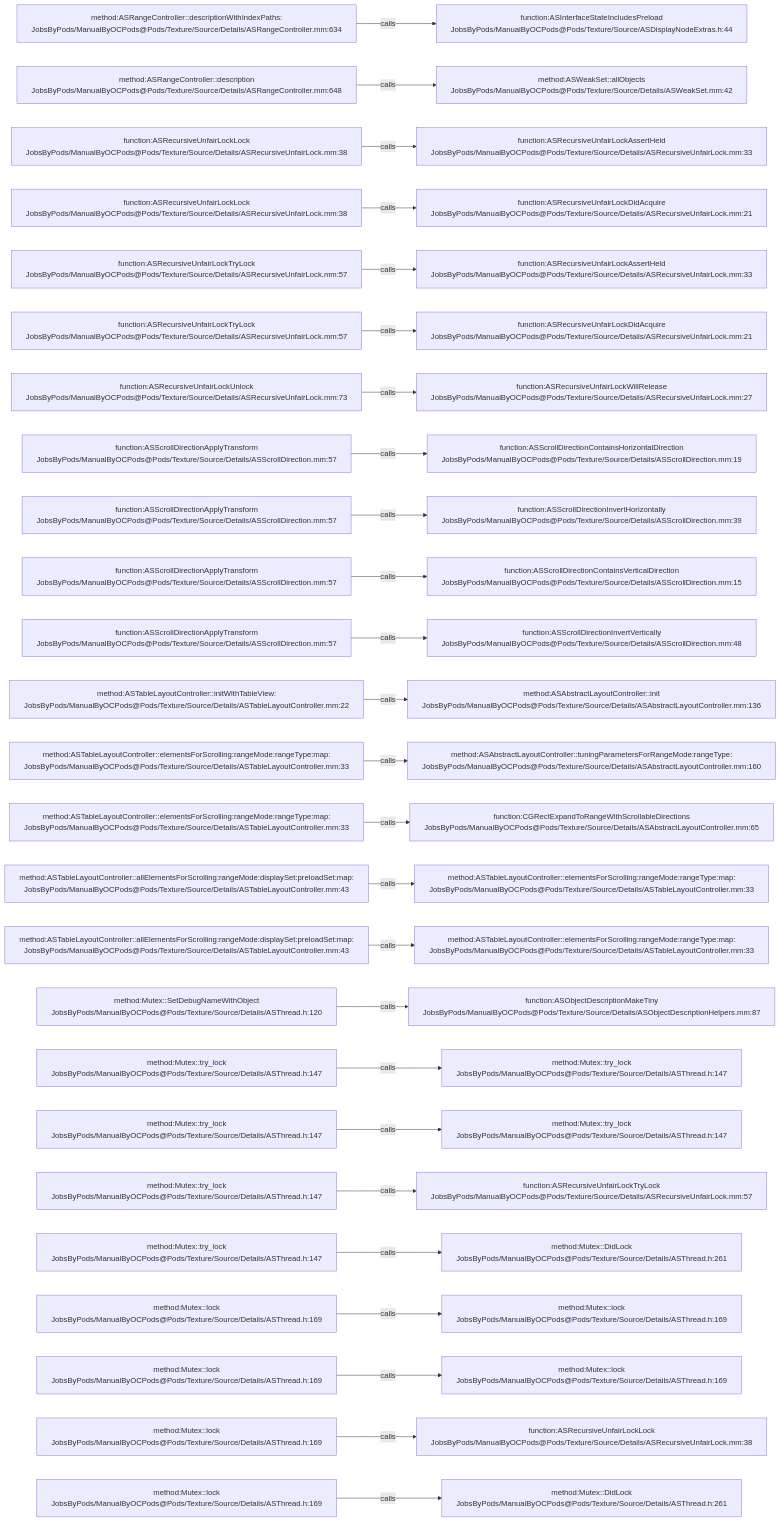
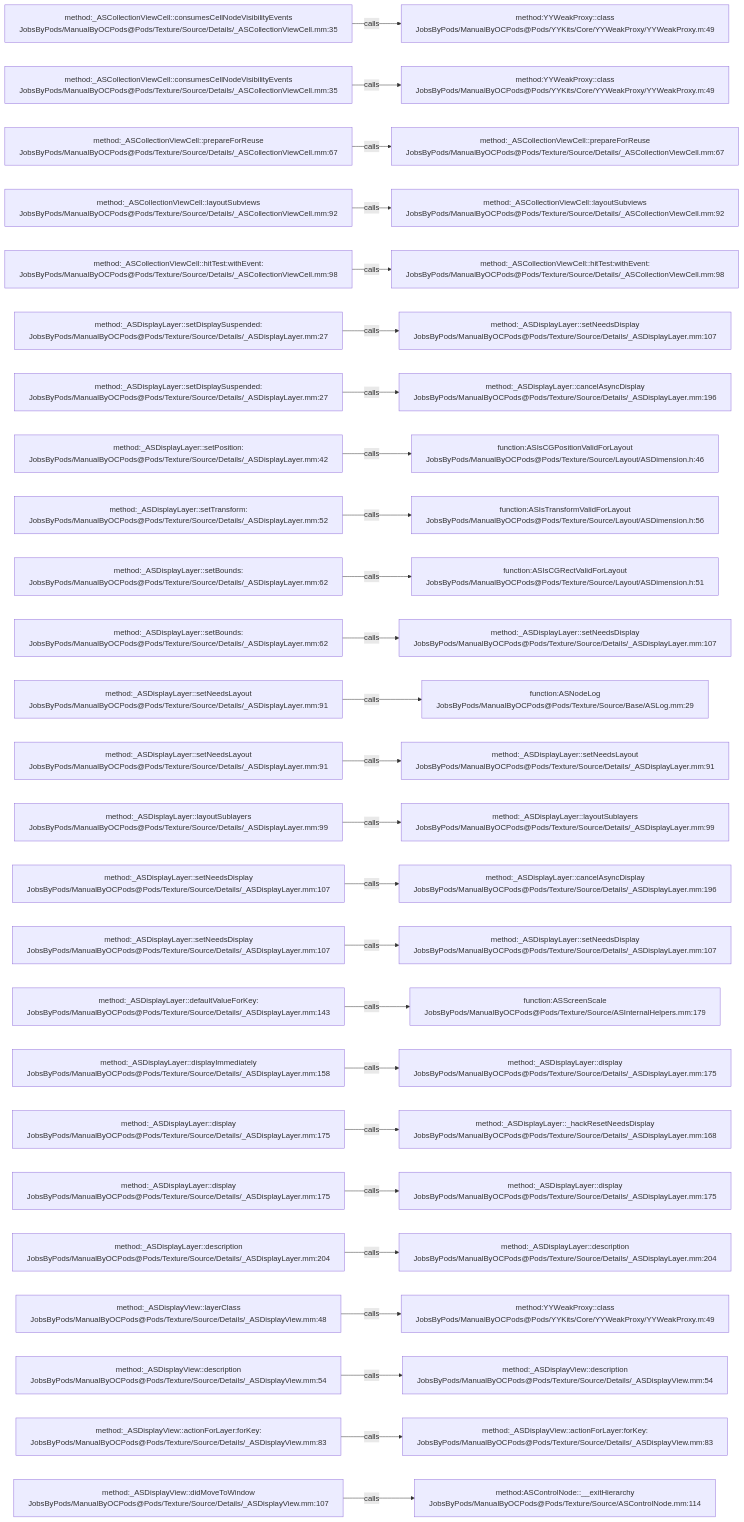
Before and after one commit to JobsKits/JobsOCBaseConfigDemo: the diagram in .codegraph/codegraph.md/graphs/calls-173.md, drawn with Mermaid. The commit also changed 1223 other files, not shown here.

````diff
--- a/.codegraph/codegraph.md/graphs/calls-173.md
+++ b/.codegraph/codegraph.md/graphs/calls-173.md
@@ -13,78 +13,78 @@
 ```mermaid
 flowchart LR
-  S1["method:ASRangeController::descriptionWithIndexPaths:<br/>JobsByPods/ManualByOCPods@Pods/Texture/Source/Details/ASRangeController.mm:634"]
-  T1["function:ASInterfaceStateIncludesPreload<br/>JobsByPods/ManualByOCPods@Pods/Texture/Source/ASDisplayNodeExtras.h:44"]
+  S1["method:_ASCollectionViewCell::consumesCellNodeVisibilityEvents<br/>JobsByPods/ManualByOCPods@Pods/Texture/Source/Details/_ASCollectionViewCell.mm:35"]
+  T1["method:YYWeakProxy::class<br/>JobsByPods/ManualByOCPods@Pods/YYKits/Core/YYWeakProxy/YYWeakProxy.m:49"]
   S1 -->|calls| T1
-  S2["method:ASRangeController::description<br/>JobsByPods/ManualByOCPods@Pods/Texture/Source/Details/ASRangeController.mm:648"]
-  T2["method:ASWeakSet::allObjects<br/>JobsByPods/ManualByOCPods@Pods/Texture/Source/Details/ASWeakSet.mm:42"]
+  S2["method:_ASCollectionViewCell::consumesCellNodeVisibilityEvents<br/>JobsByPods/ManualByOCPods@Pods/Texture/Source/Details/_ASCollectionViewCell.mm:35"]
+  T2["method:YYWeakProxy::class<br/>JobsByPods/ManualByOCPods@Pods/YYKits/Core/YYWeakProxy/YYWeakProxy.m:49"]
   S2 -->|calls| T2
-  S3["function:ASRecursiveUnfairLockLock<br/>JobsByPods/ManualByOCPods@Pods/Texture/Source/Details/ASRecursiveUnfairLock.mm:38"]
-  T3["function:ASRecursiveUnfairLockAssertHeld<br/>JobsByPods/ManualByOCPods@Pods/Texture/Source/Details/ASRecursiveUnfairLock.mm:33"]
+  S3["method:_ASCollectionViewCell::prepareForReuse<br/>JobsByPods/ManualByOCPods@Pods/Texture/Source/Details/_ASCollectionViewCell.mm:67"]
+  T3["method:_ASCollectionViewCell::prepareForReuse<br/>JobsByPods/ManualByOCPods@Pods/Texture/Source/Details/_ASCollectionViewCell.mm:67"]
   S3 -->|calls| T3
-  S4["function:ASRecursiveUnfairLockLock<br/>JobsByPods/ManualByOCPods@Pods/Texture/Source/Details/ASRecursiveUnfairLock.mm:38"]
-  T4["function:ASRecursiveUnfairLockDidAcquire<br/>JobsByPods/ManualByOCPods@Pods/Texture/Source/Details/ASRecursiveUnfairLock.mm:21"]
+  S4["method:_ASCollectionViewCell::layoutSubviews<br/>JobsByPods/ManualByOCPods@Pods/Texture/Source/Details/_ASCollectionViewCell.mm:92"]
+  T4["method:_ASCollectionViewCell::layoutSubviews<br/>JobsByPods/ManualByOCPods@Pods/Texture/Source/Details/_ASCollectionViewCell.mm:92"]
   S4 -->|calls| T4
-  S5["function:ASRecursiveUnfairLockTryLock<br/>JobsByPods/ManualByOCPods@Pods/Texture/Source/Details/ASRecursiveUnfairLock.mm:57"]
-  T5["function:ASRecursiveUnfairLockAssertHeld<br/>JobsByPods/ManualByOCPods@Pods/Texture/Source/Details/ASRecursiveUnfairLock.mm:33"]
+  S5["method:_ASCollectionViewCell::hitTest:withEvent:<br/>JobsByPods/ManualByOCPods@Pods/Texture/Source/Details/_ASCollectionViewCell.mm:98"]
+  T5["method:_ASCollectionViewCell::hitTest:withEvent:<br/>JobsByPods/ManualByOCPods@Pods/Texture/Source/Details/_ASCollectionViewCell.mm:98"]
   S5 -->|calls| T5
-  S6["function:ASRecursiveUnfairLockTryLock<br/>JobsByPods/ManualByOCPods@Pods/Texture/Source/Details/ASRecursiveUnfairLock.mm:57"]
-  T6["function:ASRecursiveUnfairLockDidAcquire<br/>JobsByPods/ManualByOCPods@Pods/Texture/Source/Details/ASRecursiveUnfairLock.mm:21"]
+  S6["method:_ASDisplayLayer::setDisplaySuspended:<br/>JobsByPods/ManualByOCPods@Pods/Texture/Source/Details/_ASDisplayLayer.mm:27"]
+  T6["method:_ASDisplayLayer::setNeedsDisplay<br/>JobsByPods/ManualByOCPods@Pods/Texture/Source/Details/_ASDisplayLayer.mm:107"]
   S6 -->|calls| T6
-  S7["function:ASRecursiveUnfairLockUnlock<br/>JobsByPods/ManualByOCPods@Pods/Texture/Source/Details/ASRecursiveUnfairLock.mm:73"]
-  T7["function:ASRecursiveUnfairLockWillRelease<br/>JobsByPods/ManualByOCPods@Pods/Texture/Source/Details/ASRecursiveUnfairLock.mm:27"]
+  S7["method:_ASDisplayLayer::setDisplaySuspended:<br/>JobsByPods/ManualByOCPods@Pods/Texture/Source/Details/_ASDisplayLayer.mm:27"]
+  T7["method:_ASDisplayLayer::cancelAsyncDisplay<br/>JobsByPods/ManualByOCPods@Pods/Texture/Source/Details/_ASDisplayLayer.mm:196"]
   S7 -->|calls| T7
-  S8["function:ASScrollDirectionApplyTransform<br/>JobsByPods/ManualByOCPods@Pods/Texture/Source/Details/ASScrollDirection.mm:57"]
-  T8["function:ASScrollDirectionContainsHorizontalDirection<br/>JobsByPods/ManualByOCPods@Pods/Texture/Source/Details/ASScrollDirection.mm:19"]
+  S8["method:_ASDisplayLayer::setPosition:<br/>JobsByPods/ManualByOCPods@Pods/Texture/Source/Details/_ASDisplayLayer.mm:42"]
+  T8["function:ASIsCGPositionValidForLayout<br/>JobsByPods/ManualByOCPods@Pods/Texture/Source/Layout/ASDimension.h:46"]
   S8 -->|calls| T8
-  S9["function:ASScrollDirectionApplyTransform<br/>JobsByPods/ManualByOCPods@Pods/Texture/Source/Details/ASScrollDirection.mm:57"]
-  T9["function:ASScrollDirectionInvertHorizontally<br/>JobsByPods/ManualByOCPods@Pods/Texture/Source/Details/ASScrollDirection.mm:39"]
+  S9["method:_ASDisplayLayer::setTransform:<br/>JobsByPods/ManualByOCPods@Pods/Texture/Source/Details/_ASDisplayLayer.mm:52"]
+  T9["function:ASIsTransformValidForLayout<br/>JobsByPods/ManualByOCPods@Pods/Texture/Source/Layout/ASDimension.h:56"]
   S9 -->|calls| T9
-  S10["function:ASScrollDirectionApplyTransform<br/>JobsByPods/ManualByOCPods@Pods/Texture/Source/Details/ASScrollDirection.mm:57"]
-  T10["function:ASScrollDirectionContainsVerticalDirection<br/>JobsByPods/ManualByOCPods@Pods/Texture/Source/Details/ASScrollDirection.mm:15"]
+  S10["method:_ASDisplayLayer::setBounds:<br/>JobsByPods/ManualByOCPods@Pods/Texture/Source/Details/_ASDisplayLayer.mm:62"]
+  T10["function:ASIsCGRectValidForLayout<br/>JobsByPods/ManualByOCPods@Pods/Texture/Source/Layout/ASDimension.h:51"]
   S10 -->|calls| T10
-  S11["function:ASScrollDirectionApplyTransform<br/>JobsByPods/ManualByOCPods@Pods/Texture/Source/Details/ASScrollDirection.mm:57"]
-  T11["function:ASScrollDirectionInvertVertically<br/>JobsByPods/ManualByOCPods@Pods/Texture/Source/Details/ASScrollDirection.mm:48"]
+  S11["method:_ASDisplayLayer::setBounds:<br/>JobsByPods/ManualByOCPods@Pods/Texture/Source/Details/_ASDisplayLayer.mm:62"]
+  T11["method:_ASDisplayLayer::setNeedsDisplay<br/>JobsByPods/ManualByOCPods@Pods/Texture/Source/Details/_ASDisplayLayer.mm:107"]
   S11 -->|calls| T11
-  S12["method:ASTableLayoutController::initWithTableView:<br/>JobsByPods/ManualByOCPods@Pods/Texture/Source/Details/ASTableLayoutController.mm:22"]
-  T12["method:ASAbstractLayoutController::init<br/>JobsByPods/ManualByOCPods@Pods/Texture/Source/Details/ASAbstractLayoutController.mm:136"]
+  S12["method:_ASDisplayLayer::setNeedsLayout<br/>JobsByPods/ManualByOCPods@Pods/Texture/Source/Details/_ASDisplayLayer.mm:91"]
+  T12["function:ASNodeLog<br/>JobsByPods/ManualByOCPods@Pods/Texture/Source/Base/ASLog.mm:29"]
   S12 -->|calls| T12
-  S13["method:ASTableLayoutController::elementsForScrolling:rangeMode:rangeType:map:<br/>JobsByPods/ManualByOCPods@Pods/Texture/Source/Details/ASTableLayoutController.mm:33"]
-  T13["method:ASAbstractLayoutController::tuningParametersForRangeMode:rangeType:<br/>JobsByPods/ManualByOCPods@Pods/Texture/Source/Details/ASAbstractLayoutController.mm:160"]
+  S13["method:_ASDisplayLayer::setNeedsLayout<br/>JobsByPods/ManualByOCPods@Pods/Texture/Source/Details/_ASDisplayLayer.mm:91"]
+  T13["method:_ASDisplayLayer::setNeedsLayout<br/>JobsByPods/ManualByOCPods@Pods/Texture/Source/Details/_ASDisplayLayer.mm:91"]
   S13 -->|calls| T13
-  S14["method:ASTableLayoutController::elementsForScrolling:rangeMode:rangeType:map:<br/>JobsByPods/ManualByOCPods@Pods/Texture/Source/Details/ASTableLayoutController.mm:33"]
-  T14["function:CGRectExpandToRangeWithScrollableDirections<br/>JobsByPods/ManualByOCPods@Pods/Texture/Source/Details/ASAbstractLayoutController.mm:65"]
+  S14["method:_ASDisplayLayer::layoutSublayers<br/>JobsByPods/ManualByOCPods@Pods/Texture/Source/Details/_ASDisplayLayer.mm:99"]
+  T14["method:_ASDisplayLayer::layoutSublayers<br/>JobsByPods/ManualByOCPods@Pods/Texture/Source/Details/_ASDisplayLayer.mm:99"]
   S14 -->|calls| T14
-  S15["method:ASTableLayoutController::allElementsForScrolling:rangeMode:displaySet:preloadSet:map:<br/>JobsByPods/ManualByOCPods@Pods/Texture/Source/Details/ASTableLayoutController.mm:43"]
-  T15["method:ASTableLayoutController::elementsForScrolling:rangeMode:rangeType:map:<br/>JobsByPods/ManualByOCPods@Pods/Texture/Source/Details/ASTableLayoutController.mm:33"]
+  S15["method:_ASDisplayLayer::setNeedsDisplay<br/>JobsByPods/ManualByOCPods@Pods/Texture/Source/Details/_ASDisplayLayer.mm:107"]
+  T15["method:_ASDisplayLayer::cancelAsyncDisplay<br/>JobsByPods/ManualByOCPods@Pods/Texture/Source/Details/_ASDisplayLayer.mm:196"]
   S15 -->|calls| T15
-  S16["method:ASTableLayoutController::allElementsForScrolling:rangeMode:displaySet:preloadSet:map:<br/>JobsByPods/ManualByOCPods@Pods/Texture/Source/Details/ASTableLayoutController.mm:43"]
-  T16["method:ASTableLayoutController::elementsForScrolling:rangeMode:rangeType:map:<br/>JobsByPods/ManualByOCPods@Pods/Texture/Source/Details/ASTableLayoutController.mm:33"]
+  S16["method:_ASDisplayLayer::setNeedsDisplay<br/>JobsByPods/ManualByOCPods@Pods/Texture/Source/Details/_ASDisplayLayer.mm:107"]
+  T16["method:_ASDisplayLayer::setNeedsDisplay<br/>JobsByPods/ManualByOCPods@Pods/Texture/Source/Details/_ASDisplayLayer.mm:107"]
   S16 -->|calls| T16
-  S17["method:Mutex::SetDebugNameWithObject<br/>JobsByPods/ManualByOCPods@Pods/Texture/Source/Details/ASThread.h:120"]
-  T17["function:ASObjectDescriptionMakeTiny<br/>JobsByPods/ManualByOCPods@Pods/Texture/Source/Details/ASObjectDescriptionHelpers.mm:87"]
+  S17["method:_ASDisplayLayer::defaultValueForKey:<br/>JobsByPods/ManualByOCPods@Pods/Texture/Source/Details/_ASDisplayLayer.mm:143"]
+  T17["function:ASScreenScale<br/>JobsByPods/ManualByOCPods@Pods/Texture/Source/ASInternalHelpers.mm:179"]
   S17 -->|calls| T17
-  S18["method:Mutex::try_lock<br/>JobsByPods/ManualByOCPods@Pods/Texture/Source/Details/ASThread.h:147"]
-  T18["method:Mutex::try_lock<br/>JobsByPods/ManualByOCPods@Pods/Texture/Source/Details/ASThread.h:147"]
+  S18["method:_ASDisplayLayer::displayImmediately<br/>JobsByPods/ManualByOCPods@Pods/Texture/Source/Details/_ASDisplayLayer.mm:158"]
+  T18["method:_ASDisplayLayer::display<br/>JobsByPods/ManualByOCPods@Pods/Texture/Source/Details/_ASDisplayLayer.mm:175"]
   S18 -->|calls| T18
-  S19["method:Mutex::try_lock<br/>JobsByPods/ManualByOCPods@Pods/Texture/Source/Details/ASThread.h:147"]
-  T19["method:Mutex::try_lock<br/>JobsByPods/ManualByOCPods@Pods/Texture/Source/Details/ASThread.h:147"]
+  S19["method:_ASDisplayLayer::display<br/>JobsByPods/ManualByOCPods@Pods/Texture/Source/Details/_ASDisplayLayer.mm:175"]
+  T19["method:_ASDisplayLayer::_hackResetNeedsDisplay<br/>JobsByPods/ManualByOCPods@Pods/Texture/Source/Details/_ASDisplayLayer.mm:168"]
   S19 -->|calls| T19
-  S20["method:Mutex::try_lock<br/>JobsByPods/ManualByOCPods@Pods/Texture/Source/Details/ASThread.h:147"]
-  T20["function:ASRecursiveUnfairLockTryLock<br/>JobsByPods/ManualByOCPods@Pods/Texture/Source/Details/ASRecursiveUnfairLock.mm:57"]
+  S20["method:_ASDisplayLayer::display<br/>JobsByPods/ManualByOCPods@Pods/Texture/Source/Details/_ASDisplayLayer.mm:175"]
+  T20["method:_ASDisplayLayer::display<br/>JobsByPods/ManualByOCPods@Pods/Texture/Source/Details/_ASDisplayLayer.mm:175"]
   S20 -->|calls| T20
-  S21["method:Mutex::try_lock<br/>JobsByPods/ManualByOCPods@Pods/Texture/Source/Details/ASThread.h:147"]
-  T21["method:Mutex::DidLock<br/>JobsByPods/ManualByOCPods@Pods/Texture/Source/Details/ASThread.h:261"]
+  S21["method:_ASDisplayLayer::description<br/>JobsByPods/ManualByOCPods@Pods/Texture/Source/Details/_ASDisplayLayer.mm:204"]
+  T21["method:_ASDisplayLayer::description<br/>JobsByPods/ManualByOCPods@Pods/Texture/Source/Details/_ASDisplayLayer.mm:204"]
   S21 -->|calls| T21
-  S22["method:Mutex::lock<br/>JobsByPods/ManualByOCPods@Pods/Texture/Source/Details/ASThread.h:169"]
-  T22["method:Mutex::lock<br/>JobsByPods/ManualByOCPods@Pods/Texture/Source/Details/ASThread.h:169"]
+  S22["method:_ASDisplayView::layerClass<br/>JobsByPods/ManualByOCPods@Pods/Texture/Source/Details/_ASDisplayView.mm:48"]
+  T22["method:YYWeakProxy::class<br/>JobsByPods/ManualByOCPods@Pods/YYKits/Core/YYWeakProxy/YYWeakProxy.m:49"]
   S22 -->|calls| T22
-  S23["method:Mutex::lock<br/>JobsByPods/ManualByOCPods@Pods/Texture/Source/Details/ASThread.h:169"]
-  T23["method:Mutex::lock<br/>JobsByPods/ManualByOCPods@Pods/Texture/Source/Details/ASThread.h:169"]
+  S23["method:_ASDisplayView::description<br/>JobsByPods/ManualByOCPods@Pods/Texture/Source/Details/_ASDisplayView.mm:54"]
+  T23["method:_ASDisplayView::description<br/>JobsByPods/ManualByOCPods@Pods/Texture/Source/Details/_ASDisplayView.mm:54"]
   S23 -->|calls| T23
-  S24["method:Mutex::lock<br/>JobsByPods/ManualByOCPods@Pods/Texture/Source/Details/ASThread.h:169"]
-  T24["function:ASRecursiveUnfairLockLock<br/>JobsByPods/ManualByOCPods@Pods/Texture/Source/Details/ASRecursiveUnfairLock.mm:38"]
+  S24["method:_ASDisplayView::actionForLayer:forKey:<br/>JobsByPods/ManualByOCPods@Pods/Texture/Source/Details/_ASDisplayView.mm:83"]
+  T24["method:_ASDisplayView::actionForLayer:forKey:<br/>JobsByPods/ManualByOCPods@Pods/Texture/Source/Details/_ASDisplayView.mm:83"]
   S24 -->|calls| T24
-  S25["method:Mutex::lock<br/>JobsByPods/ManualByOCPods@Pods/Texture/Source/Details/ASThread.h:169"]
-  T25["method:Mutex::DidLock<br/>JobsByPods/ManualByOCPods@Pods/Texture/Source/Details/ASThread.h:261"]
+  S25["method:_ASDisplayView::didMoveToWindow<br/>JobsByPods/ManualByOCPods@Pods/Texture/Source/Details/_ASDisplayView.mm:107"]
+  T25["method:ASControlNode::__exitHierarchy<br/>JobsByPods/ManualByOCPods@Pods/Texture/Source/ASControlNode.mm:114"]
   S25 -->|calls| T25
 ```
````
